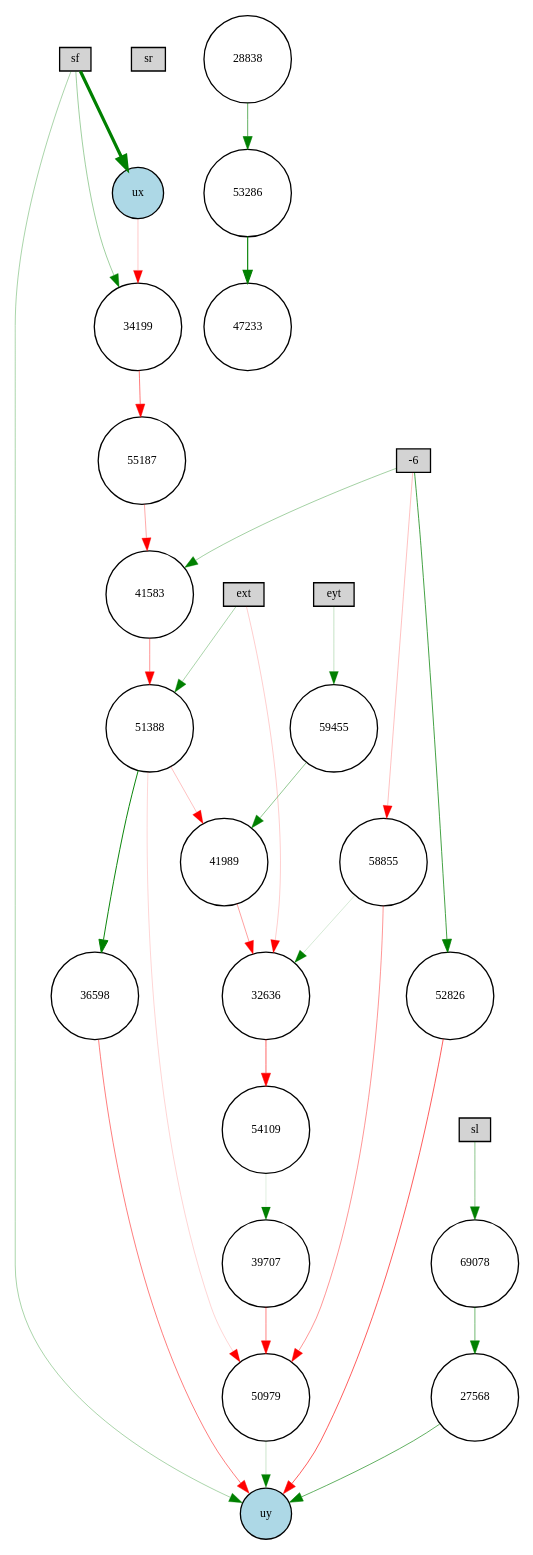
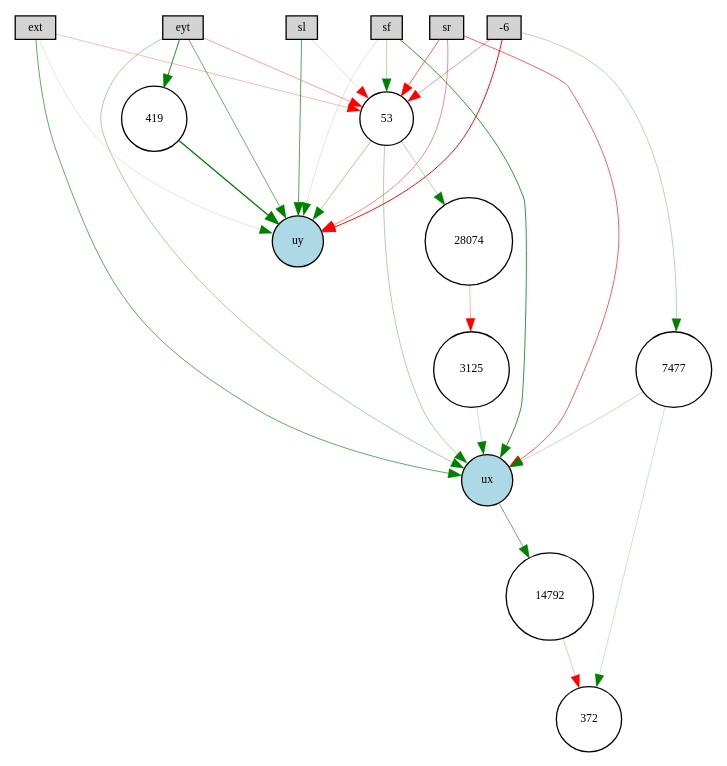
One commit to KaiL4eK/autopilot_simulator changed the diagram in pictures_ff/winner-feedforward-enabled.gv. Above: the diagram before and after it, drawn with Graphviz. The commit also changed 12 other files, not shown here.

```diff
--- a/pictures_ff/winner-feedforward-enabled.gv
+++ b/pictures_ff/winner-feedforward-enabled.gv
@@ -1,60 +1,46 @@
 digraph {
 	node [fontsize=9 height=0.2 shape=circle width=0.2]
 	ext [fillcolor=lightgray shape=box style=filled]
 	eyt [fillcolor=lightgray shape=box style=filled]
 	sf [fillcolor=lightgray shape=box style=filled]
 	sl [fillcolor=lightgray shape=box style=filled]
 	sr [fillcolor=lightgray shape=box style=filled]
 	-6 [fillcolor=lightgray shape=box style=filled]
 	ux [fillcolor=lightblue style=filled]
 	uy [fillcolor=lightblue style=filled]
-	47233 [fillcolor=white style=filled]
-	50979 [fillcolor=white style=filled]
-	34199 [fillcolor=white style=filled]
-	41989 [fillcolor=white style=filled]
-	28838 [fillcolor=white style=filled]
-	58855 [fillcolor=white style=filled]
-	53286 [fillcolor=white style=filled]
-	32636 [fillcolor=white style=filled]
-	41583 [fillcolor=white style=filled]
-	27568 [fillcolor=white style=filled]
-	55187 [fillcolor=white style=filled]
-	36598 [fillcolor=white style=filled]
-	69078 [fillcolor=white style=filled]
-	52826 [fillcolor=white style=filled]
-	39707 [fillcolor=white style=filled]
-	51388 [fillcolor=white style=filled]
-	54109 [fillcolor=white style=filled]
-	59455 [fillcolor=white style=filled]
-	58855 -> 50979 [color=red penwidth=0.3197992059290341 style=solid]
-	50979 -> uy [color=green penwidth=0.16356134734893524 style=solid]
-	51388 -> 36598 [color=green penwidth=0.7311180408065695 style=solid]
-	51388 -> 50979 [color=red penwidth=0.12966441104064824 style=solid]
-	27568 -> uy [color=green penwidth=0.4738056082238091 style=solid]
-	eyt -> 59455 [color=green penwidth=0.1813563525010668 style=solid]
-	55187 -> 41583 [color=red penwidth=0.25525467490369896 style=solid]
-	52826 -> uy [color=red penwidth=0.48845150205474264 style=solid]
-	ext -> 32636 [color=red penwidth=0.14829657359888115 style=solid]
-	32636 -> 54109 [color=red penwidth=0.4592267741291708 style=solid]
-	sl -> 69078 [color=green penwidth=0.3506119125583561 style=solid]
-	ext -> 51388 [color=green penwidth=0.2646889196624916 style=solid]
-	53286 -> 47233 [color=green penwidth=0.8732212364344881 style=solid]
-	51388 -> 41989 [color=red penwidth=0.18954820988251783 style=solid]
-	28838 -> 53286 [color=green penwidth=0.4695582267483045 style=solid]
-	59455 -> 41989 [color=green penwidth=0.3308374196471695 style=solid]
-	69078 -> 27568 [color=green penwidth=0.43282678750502823 style=solid]
-	sf -> uy [color=green penwidth=0.2641604238113642 style=solid]
-	58855 -> 32636 [color=green penwidth=0.13494271757035065 style=solid]
-	36598 -> uy [color=red penwidth=0.391096112645817 style=solid]
-	39707 -> 50979 [color=red penwidth=0.38153389197312415 style=solid]
-	ux -> 34199 [color=red penwidth=0.1737422817303128 style=solid]
-	54109 -> 39707 [color=green penwidth=0.10259081872767657 style=solid]
-	-6 -> 41583 [color=green penwidth=0.2753427871876718 style=solid]
-	34199 -> 55187 [color=red penwidth=0.3956866217682595 style=solid]
-	-6 -> 52826 [color=green penwidth=0.5560652742968548 style=solid]
-	sf -> ux [color=green penwidth=2.4512792366887424 style=solid]
-	41583 -> 51388 [color=red penwidth=0.321253876840139 style=solid]
-	sf -> 34199 [color=green penwidth=0.28924775844275424 style=solid]
-	-6 -> 58855 [color=red penwidth=0.19477765916394213 style=solid]
-	41989 -> 32636 [color=red penwidth=0.2945948739271326 style=solid]
+	419 [fillcolor=white style=filled]
+	14792 [fillcolor=white style=filled]
+	28074 [fillcolor=white style=filled]
+	372 [fillcolor=white style=filled]
+	53 [fillcolor=white style=filled]
+	7477 [fillcolor=white style=filled]
+	3125 [fillcolor=white style=filled]
+	sr -> ux [color=red penwidth=0.4799611385789857 style=solid]
+	-6 -> 53 [color=red penwidth=0.3191066800263964 style=solid]
+	ext -> ux [color=green penwidth=0.48655204458383383 style=solid]
+	-6 -> uy [color=red penwidth=0.733902456991815 style=solid]
+	sr -> 53 [color=red penwidth=0.4581617398087652 style=solid]
+	eyt -> 419 [color=green penwidth=0.679712308237592 style=solid]
+	53 -> uy [color=green penwidth=0.29126013908484083 style=solid]
+	419 -> uy [color=green penwidth=1.021372095577354 style=solid]
+	-6 -> 7477 [color=green penwidth=0.23340970727600388 style=solid]
+	sf -> 53 [color=green penwidth=0.24013373470445865 style=solid]
+	eyt -> 53 [color=red penwidth=0.2890351789792227 style=solid]
+	28074 -> 3125 [color=red penwidth=0.23372758464243623 style=solid]
+	7477 -> ux [color=green penwidth=0.19006015067074206 style=solid]
+	ux -> 14792 [color=green penwidth=0.45529068415793006 style=solid]
+	eyt -> ux [color=green penwidth=0.27567453321536045 style=solid]
+	3125 -> ux [color=green penwidth=0.16488904181771472 style=solid]
+	eyt -> uy [color=green penwidth=0.44847394872775537 style=solid]
+	sr -> uy [color=red penwidth=0.35724753983080093 style=solid]
+	ext -> 53 [color=red penwidth=0.21007414531413182 style=solid]
+	53 -> ux [color=green penwidth=0.2565686999916288 style=solid]
+	sf -> uy [color=green penwidth=0.11720119833767739 style=solid]
+	14792 -> 372 [color=red penwidth=0.20037460806636453 style=solid]
+	sf -> ux [color=green penwidth=0.6128812850884819 style=solid]
+	sl -> 53 [color=red penwidth=0.12750428390350776 style=solid]
+	sl -> uy [color=green penwidth=0.5187529313263568 style=solid]
+	ext -> uy [color=green penwidth=0.11469872620011064 style=solid]
+	53 -> 28074 [color=green penwidth=0.2432851167447366 style=solid]
+	7477 -> 372 [color=green penwidth=0.1576743361662086 style=solid]
 }
```
